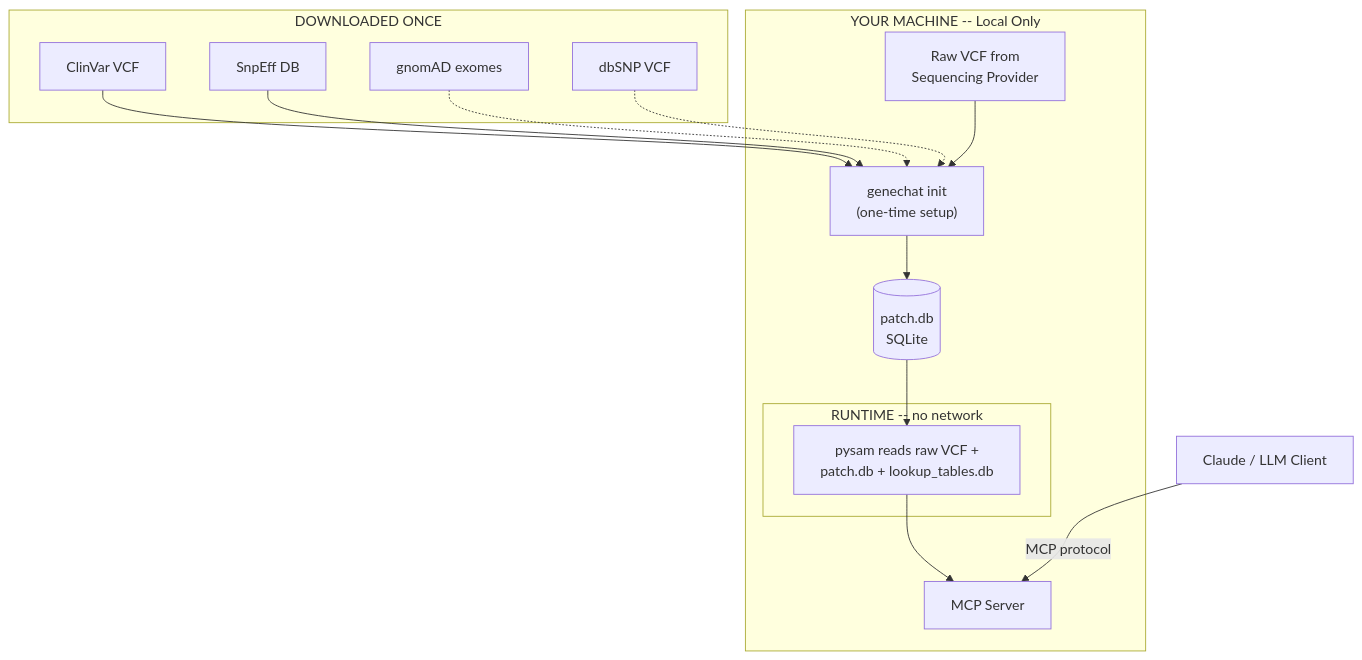
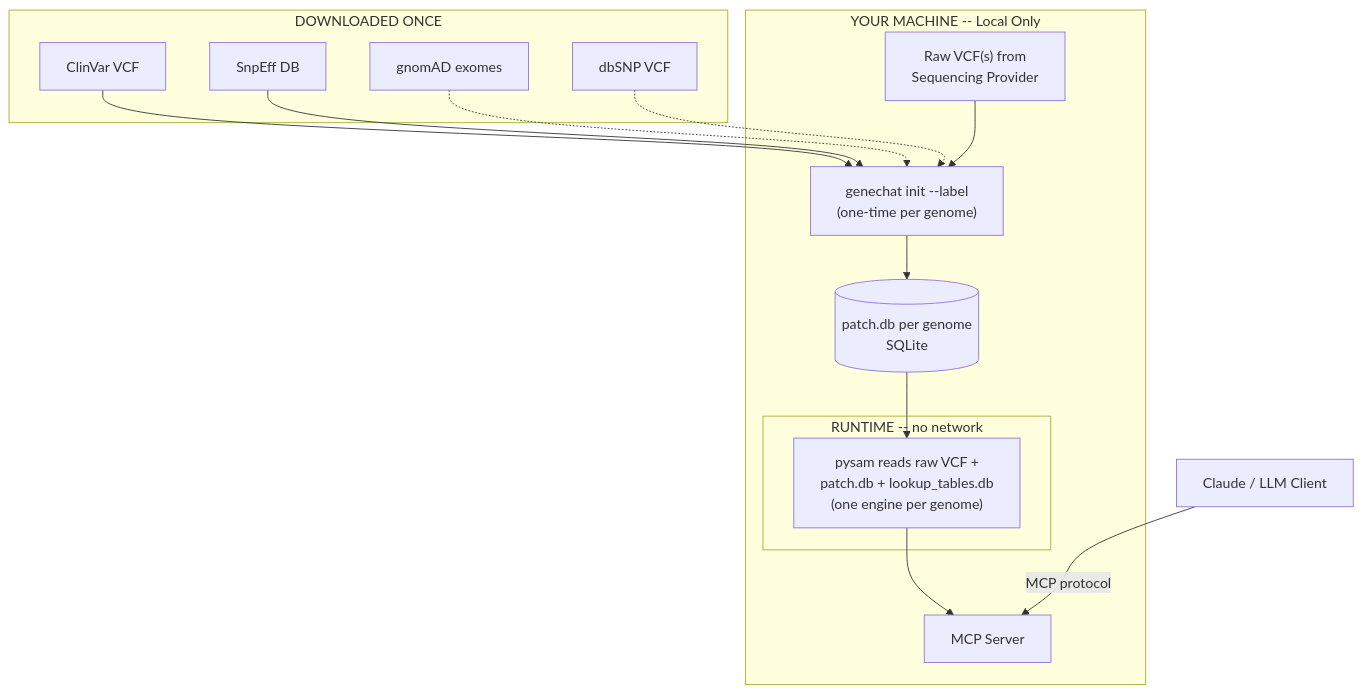
One commit to natecostello/genechat-mcp changed the diagram in README.md. Above: the diagram before and after it, drawn with Mermaid. The commit also changed other lines of this file and 6 other files, not shown here.

````diff
--- a/README.md
+++ b/README.md
@@ -130,30 +159,30 @@
 ```mermaid
 flowchart TD
     subgraph remote["DOWNLOADED ONCE"]
         clinvar_dl["ClinVar VCF"]
         snpeff_dl["SnpEff DB"]
         gnomad_dl["gnomAD exomes"]
         dbsnp_dl["dbSNP VCF"]
     end
 
     subgraph local["YOUR MACHINE -- Local Only"]
-        vcf["Raw VCF from\nSequencing Provider"]
-        init["genechat init\n(one-time setup)"]
-        patch[("patch.db\nSQLite")]
+        vcf["Raw VCF(s) from\nSequencing Provider"]
+        init["genechat init --label\n(one-time per genome)"]
+        patch[("patch.db per genome\nSQLite")]
         subgraph runtime["RUNTIME -- no network"]
-            engine["pysam reads raw VCF +\npatch.db + lookup_tables.db"]
+            engine["pysam reads raw VCF +\npatch.db + lookup_tables.db\n(one engine per genome)"]
         end
         server["MCP Server"]
     end
 
     claude["Claude / LLM Client"]
 
     clinvar_dl --> init
     snpeff_dl --> init
     gnomad_dl -.-> init
     dbsnp_dl -.-> init
     vcf --> init
     init --> patch
     patch --> engine --> server
     claude -- "MCP protocol" --> server
 ```
````
